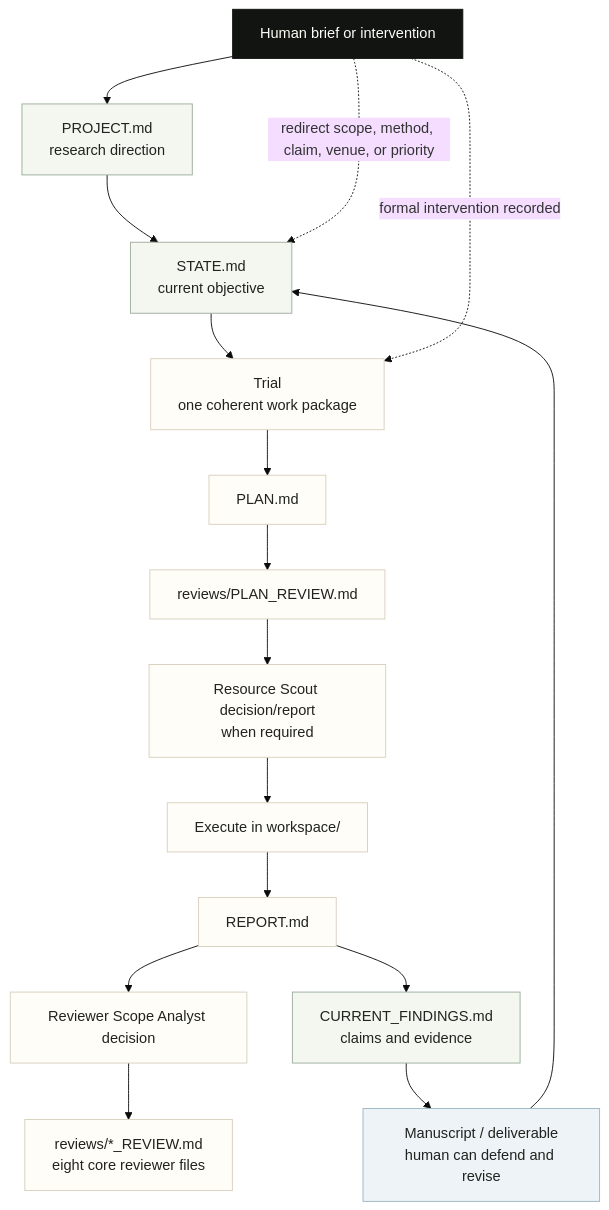
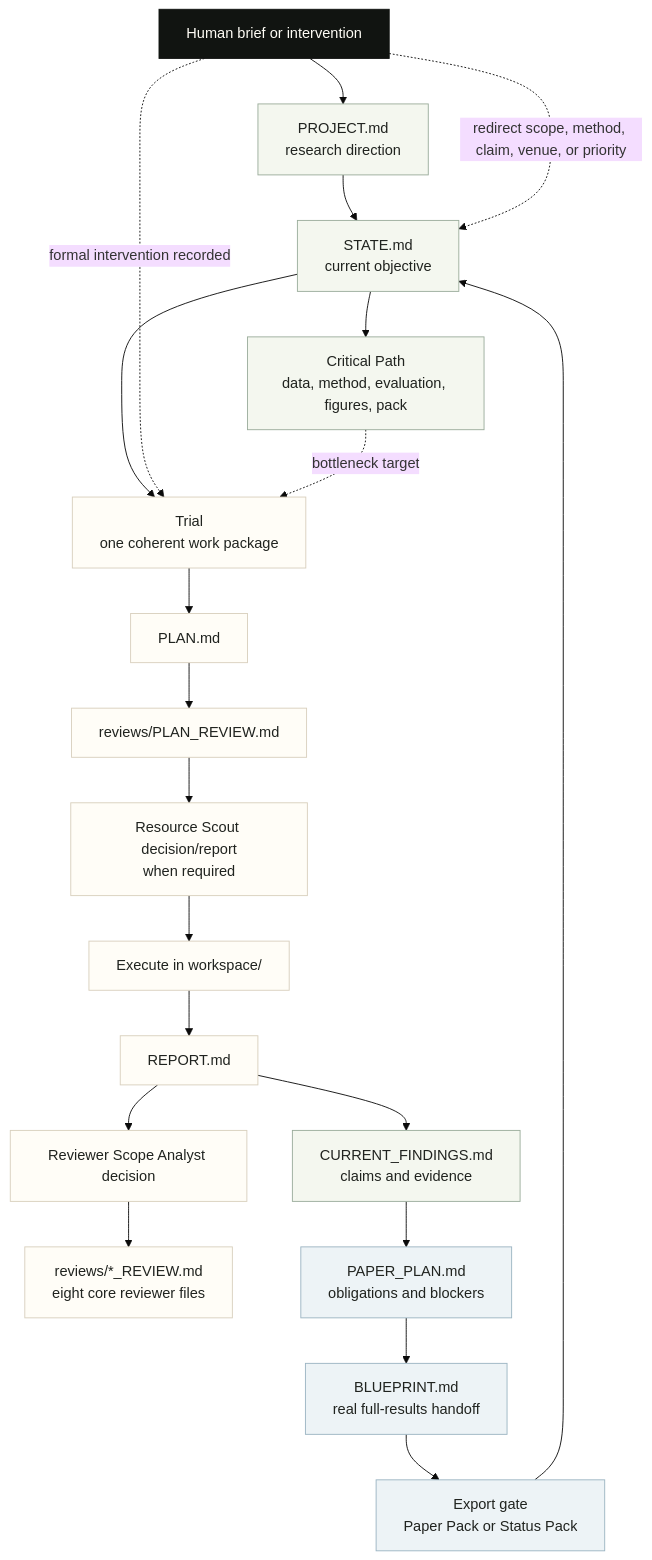
Before and after one commit to YihongT/CoAutoResearch: the diagram in docs/conceptual-framework.md, drawn with Mermaid (base theme). The commit also changed other lines of this file and 26 other files, not shown here.

````diff
--- a/docs/conceptual-framework.md
+++ b/docs/conceptual-framework.md
@@ -9,29 +9,33 @@
 ```{mermaid}
 flowchart TD
   H["Human brief or intervention"] --> P["PROJECT.md<br/>research direction"]
   P --> S["STATE.md<br/>current objective"]
+  S --> CP["Critical Path<br/>data, method, evaluation, figures, pack"]
   S --> T["Trial<br/>one coherent work package"]
   T --> PL["PLAN.md"]
   PL --> PR["reviews/PLAN_REVIEW.md"]
   PR --> RS["Resource Scout decision/report<br/>when required"]
   RS --> W["Execute in workspace/"]
   W --> RP["REPORT.md"]
   RP --> RA["Reviewer Scope Analyst decision"]
   RA --> RV["reviews/*_REVIEW.md<br/>eight core reviewer files"]
   RP --> F["CURRENT_FINDINGS.md<br/>claims and evidence"]
-  F --> M["Manuscript / deliverable<br/>human can defend and revise"]
+  F --> PP["PAPER_PLAN.md<br/>obligations and blockers"]
+  PP --> BP["BLUEPRINT.md<br/>real full-results handoff"]
+  BP --> M["Export gate<br/>Paper Pack or Status Pack"]
   M --> S
 
   H -. "redirect scope, method, claim, venue, or priority" .-> S
   H -. "formal intervention recorded" .-> T
+  CP -. "bottleneck target" .-> T
 
   classDef human fill:#111411,color:#fffdf6,stroke:#111411;
   classDef truth fill:#f4f7ef,stroke:#9aac9b,color:#20231f;
   classDef trial fill:#fffdf7,stroke:#d8cfbd,color:#20231f;
   classDef output fill:#edf3f6,stroke:#9bb4c2,color:#20231f;
 
   class H human;
-  class P,S,F truth;
+  class P,S,CP,F truth;
   class T,PL,PR,RS,RA,RV,W,RP trial;
-  class M output;
+  class PP,BP,M output;
 ```
````
